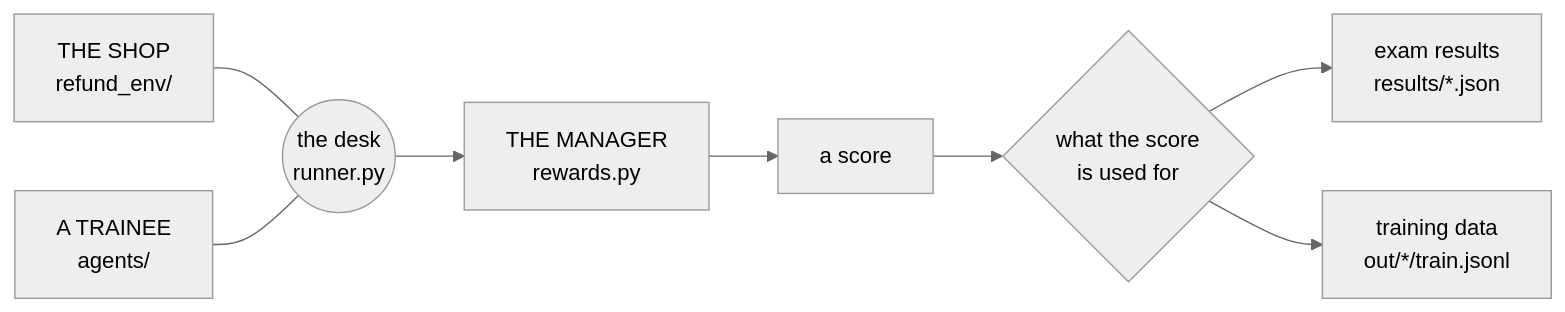
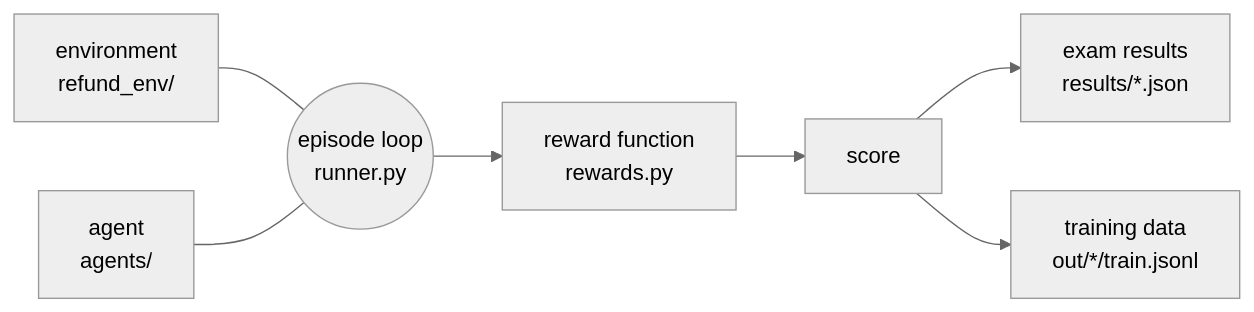
One commit to lastlad/rl-environments-demo changed the diagram in docs/README.md. Above: the diagram before and after it, drawn with Mermaid (neutral theme). The commit also changed other lines of this file and 28 other files, not shown here.

First line of the commit message:
Separate prerequisites from the environment, one Claude agent, STE docs

````diff
--- a/docs/README.md
+++ b/docs/README.md
@@ -23,10 +36,9 @@
 ```mermaid
 flowchart LR
-    SHOP["THE SHOP<br/>refund_env/"] --- DESK(("the desk<br/>runner.py"))
-    TRAINEE["A TRAINEE<br/>agents/"] --- DESK
-    DESK --> MANAGER["THE MANAGER<br/>rewards.py"]
-    MANAGER --> SCORE["a score"]
-    SCORE --> USE{"what the score<br/>is used for"}
-    USE --> EXAM["exam results<br/>results/*.json"]
-    USE --> TRAIN["training data<br/>out/*/train.jsonl"]
+    ENV["environment<br/>refund_env/"] --- LOOP(("episode loop<br/>runner.py"))
+    AGENT["agent<br/>agents/"] --- LOOP
+    LOOP --> REW["reward function<br/>rewards.py"]
+    REW --> SCORE["score"]
+    SCORE --> EXAM["exam results<br/>results/*.json"]
+    SCORE --> DATA["training data<br/>out/*/train.jsonl"]
 ```
````
